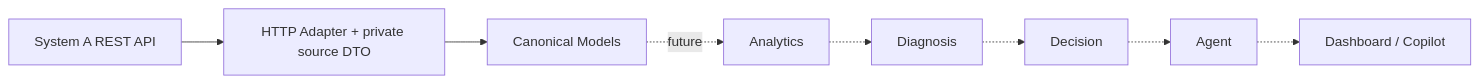
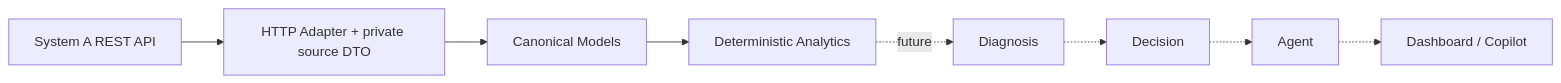
One commit to TiezhuHao/overdue-po-copilot changed the diagram in docs/system-b-architecture.md. Above: the diagram before and after it, drawn with Mermaid. The commit also changed other lines of this file and 9 other files, not shown here.

Commit message:
feat: add deterministic System B analytics engine

````diff
--- a/docs/system-b-architecture.md
+++ b/docs/system-b-architecture.md
@@ -27,10 +27,10 @@
 ```mermaid
 flowchart LR
     A[System A REST API] --> Adapter[HTTP Adapter + private source DTO]
     Adapter --> Canonical[Canonical Models]
-    Canonical -. future .-> Analytics[Analytics]
-    Analytics -.-> Diagnosis[Diagnosis]
+    Canonical --> Analytics[Deterministic Analytics]
+    Analytics -. future .-> Diagnosis[Diagnosis]
     Diagnosis -.-> Decision[Decision]
     Decision -.-> Agent[Agent]
     Agent -.-> Frontend[Dashboard / Copilot]
 ```
````
